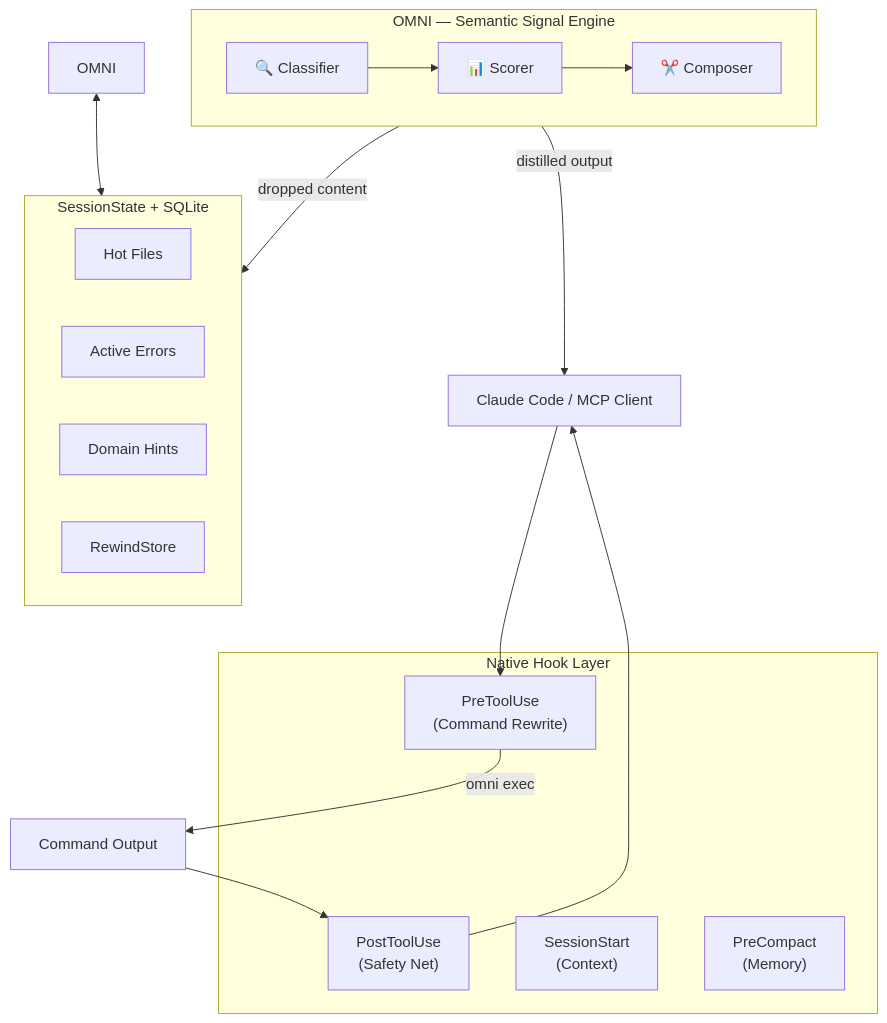
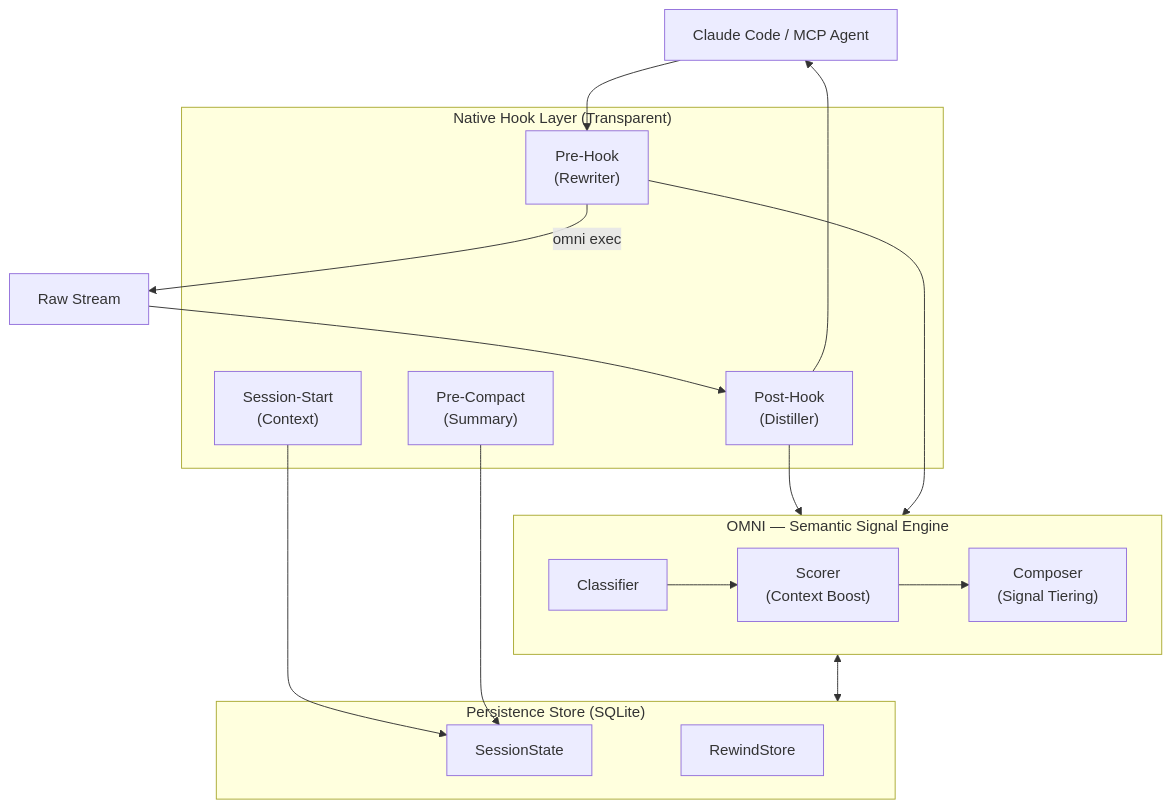
The diagram in README.md (fajarhide/omni), drawn with Mermaid before and after one commit. The commit also changed other lines of this file, not shown here.

````diff
--- a/README.md
+++ b/README.md
@@ -186,36 +138,36 @@
 ```mermaid
 flowchart TB
-    Agent["Claude Code / MCP Client"]
+    Agent["Claude Code / MCP Agent"]
     
-    subgraph Hooks["Native Hook Layer"]
-        Pre["PreToolUse\n(Command Rewrite)"]
-        Post["PostToolUse\n(Safety Net)"]
-        Sess["SessionStart\n(Context)"]
-        Comp["PreCompact\n(Memory)"]
+    subgraph Hooks["Native Hook Layer (Transparent)"]
+        Pre["Pre-Hook\n(Rewriter)"]
+        Post["Post-Hook\n(Distiller)"]
+        Sess["Session-Start\n(Context)"]
+        Comp["Pre-Compact\n(Summary)"]
     end
 
     Agent --> Pre
-    Pre -->|"omni exec"| Output["Command Output"]
+    Pre -->|"omni exec"| Output["Raw Stream"]
     Output --> Post
     Post --> Agent
 
     subgraph OMNI_Engine["OMNI — Semantic Signal Engine"]
         direction LR
-        C["🔍 Classifier"]
-        S["📊 Scorer"]
-        R["✂️ Composer"]
+        C["Classifier"]
+        S["Scorer\n(Context Boost)"]
+        R["Composer\n(Signal Tiering)"]
         C --> S --> R
     end
 
-    subgraph Persistence["SessionState + SQLite"]
-        direction LR
-        HF["Hot Files"]
-        AE["Active Errors"]
-        DH["Domain Hints"]
+    Post --> OMNI_Engine
+    Pre --> OMNI_Engine
+    
+    subgraph Persistence["Persistence Store (SQLite)"]
+        ST["SessionState"]
         RW["RewindStore"]
     end
 
-    OMNI <--> Persistence
-    R -->|"distilled output"| Agent
-    R -->|"dropped content"| RW
+    OMNI_Engine <--> Persistence
+    Sess --> ST
+    Comp --> ST
 ```
````
